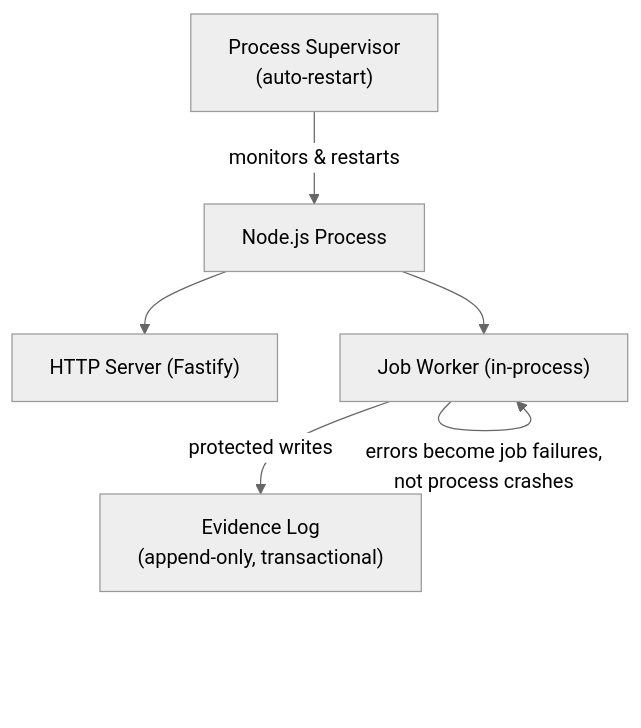
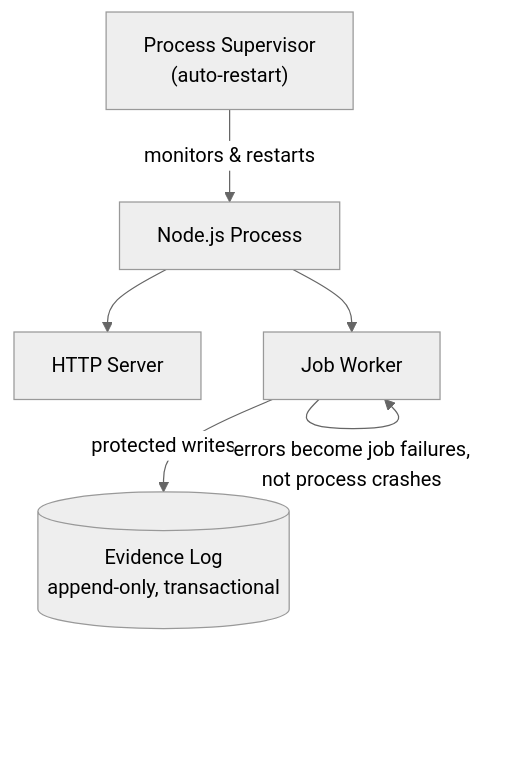
The second of 2 diagrams in src/content/docs/engineering/observability.md (stemolly/wiki), drawn with Mermaid (neutral theme) before and after one commit. The commit also changed other lines of this file and 57 other files, not shown here.

````diff
--- a/src/content/docs/engineering/observability.md
+++ b/src/content/docs/engineering/observability.md
@@ -129,14 +166,14 @@
 ```mermaid
 flowchart TD
-  Supervisor["Process Supervisor<br/>(auto-restart)"]
-  Process["Node.js Process"]
-  HTTP["HTTP Server (Fastify)"]
-  Worker["Job Worker (in-process)"]
-  EvidenceLog["Evidence Log<br/>(append-only, transactional)"]
+    Supervisor["Process Supervisor<br/>(auto-restart)"]
+    Process["Node.js Process"]
+    HTTP["HTTP Server"]
+    Worker["Job Worker"]
+    EvidenceLog[("Evidence Log<br/>append-only, transactional")]
 
-  Supervisor -->|"monitors & restarts"| Process
-  Process --> HTTP
-  Process --> Worker
-  Worker -->|"protected writes"| EvidenceLog
-  Worker -->|"errors become job failures,<br/>not process crashes"| Worker
+    Supervisor -->|"monitors & restarts"| Process
+    Process --> HTTP
+    Process --> Worker
+    Worker -->|"protected writes"| EvidenceLog
+    Worker -->|"errors become job failures,<br/>not process crashes"| Worker
 ```
````
